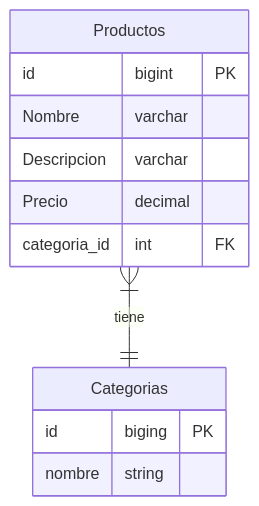
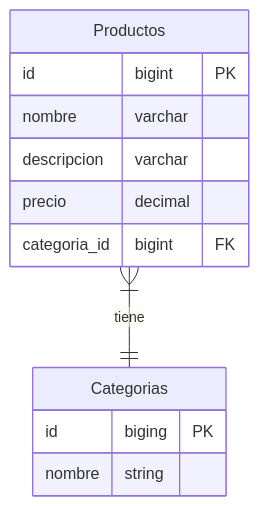
The fourth of 5 diagrams in 010_spring_boot/jpa_persistencia_hibernate.md (DevFzn/Oracle_One-Alura_Latam), drawn with Mermaid before and after one commit. The commit also changed other lines of this file and 19 other files, not shown here.

````diff
--- a/010_spring_boot/jpa_persistencia_hibernate.md
+++ b/010_spring_boot/jpa_persistencia_hibernate.md
@@ -167,15 +167,15 @@
 ```mermaid
 erDiagram 
     Productos }|--|| Categorias : tiene
     Productos {
         id bigint PK
-        Nombre varchar
-        Descripcion varchar
-        Precio decimal
-        categoria_id int FK
+        nombre varchar
+        descripcion varchar
+        precio decimal
+        categoria_id bigint FK
     }
     Categorias {
         id biging PK
         nombre string
     }
 ```
````
